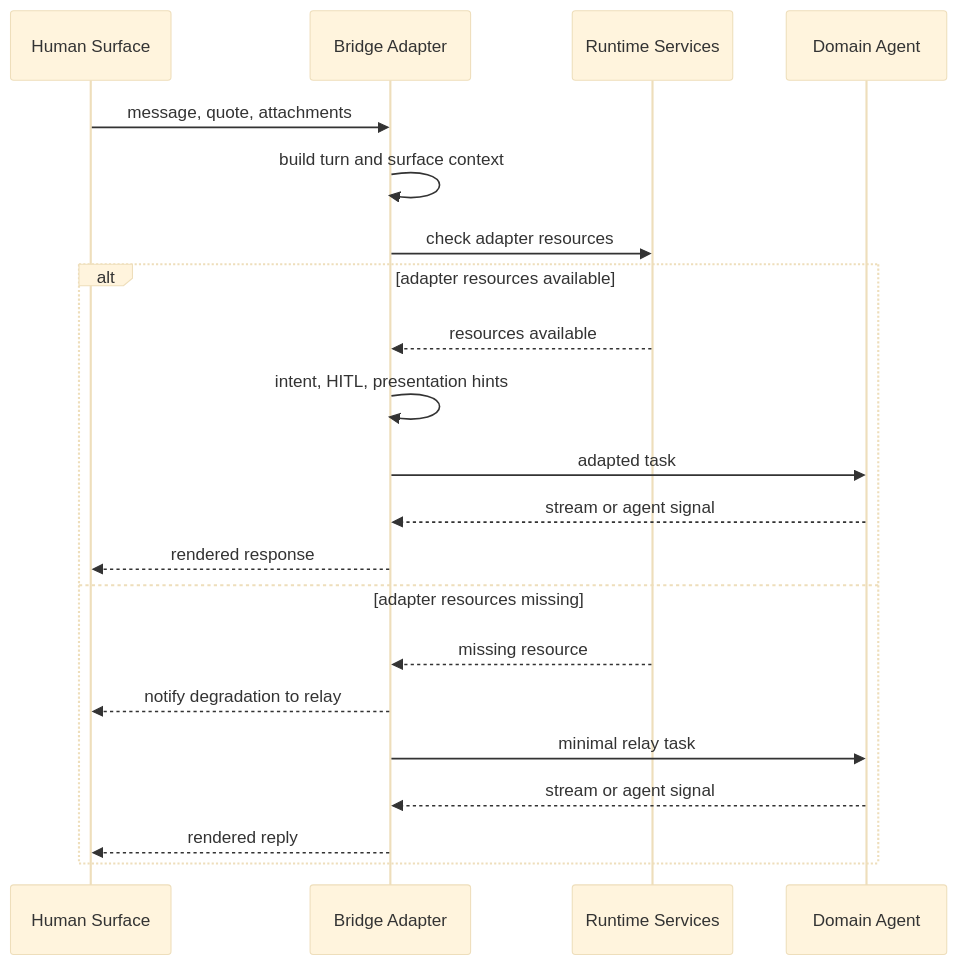
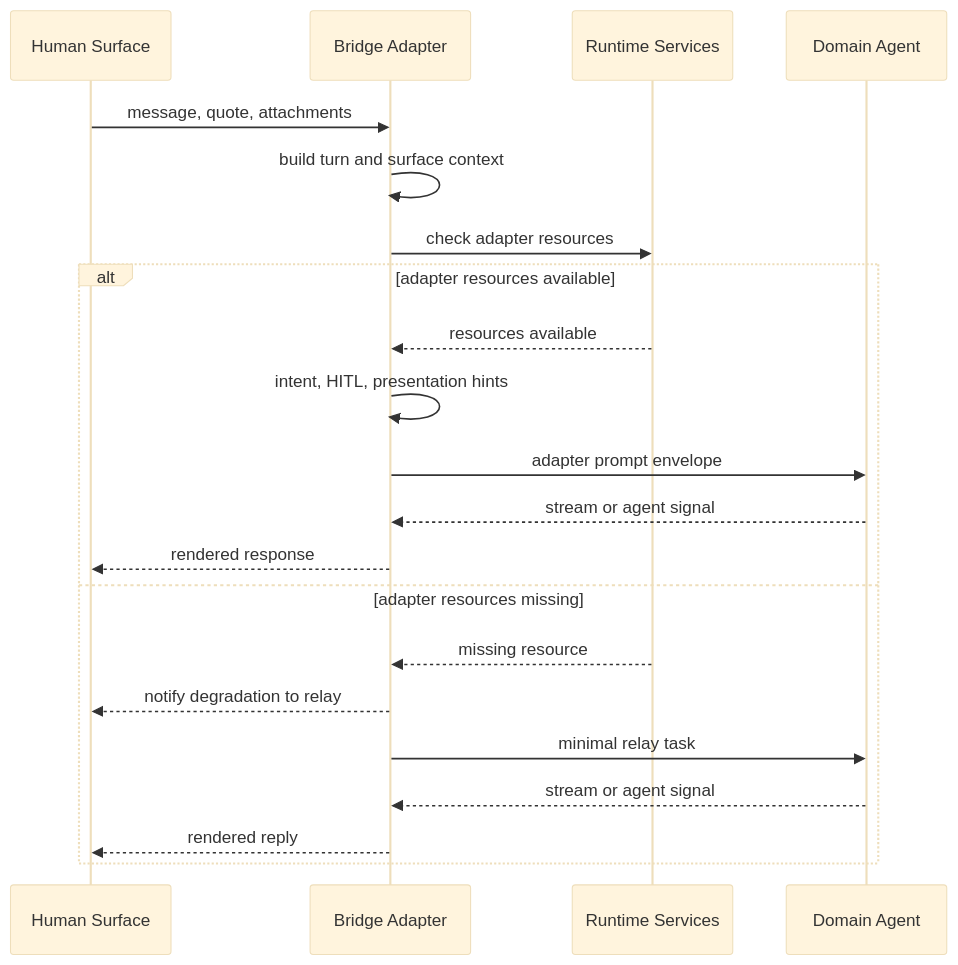
Before and after one commit to cloudsbeyond/agent-interaction-bridge: the second of 5 diagrams in architecture/system-design.md, drawn with Mermaid (base theme). The commit also changed other lines of this file and 5 other files, not shown here.

Commit message:
docs: align product and architecture contracts

````diff
--- a/architecture/system-design.md
+++ b/architecture/system-design.md
@@ -86,24 +89,24 @@
 ```mermaid
 sequenceDiagram
   participant H as Human Surface
   participant B as Bridge Adapter
   participant R as Runtime Services
   participant D as Domain Agent
 
   H->>B: message, quote, attachments
   B->>B: build turn and surface context
   B->>R: check adapter resources
   alt adapter resources available
     R-->>B: resources available
     B->>B: intent, HITL, presentation hints
-    B->>D: adapted task
+    B->>D: adapter prompt envelope
     D-->>B: stream or agent signal
     B-->>H: rendered response
   else adapter resources missing
     R-->>B: missing resource
     B-->>H: notify degradation to relay
     B->>D: minimal relay task
     D-->>B: stream or agent signal
     B-->>H: rendered reply
   end
 ```
````
